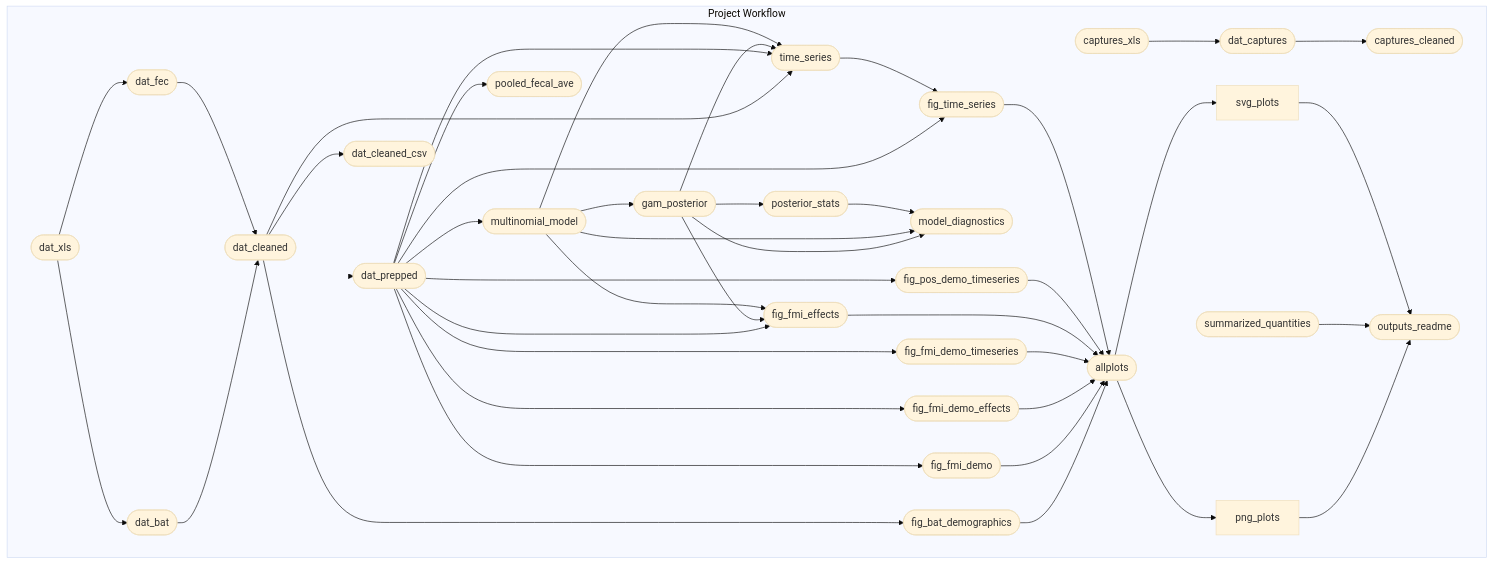
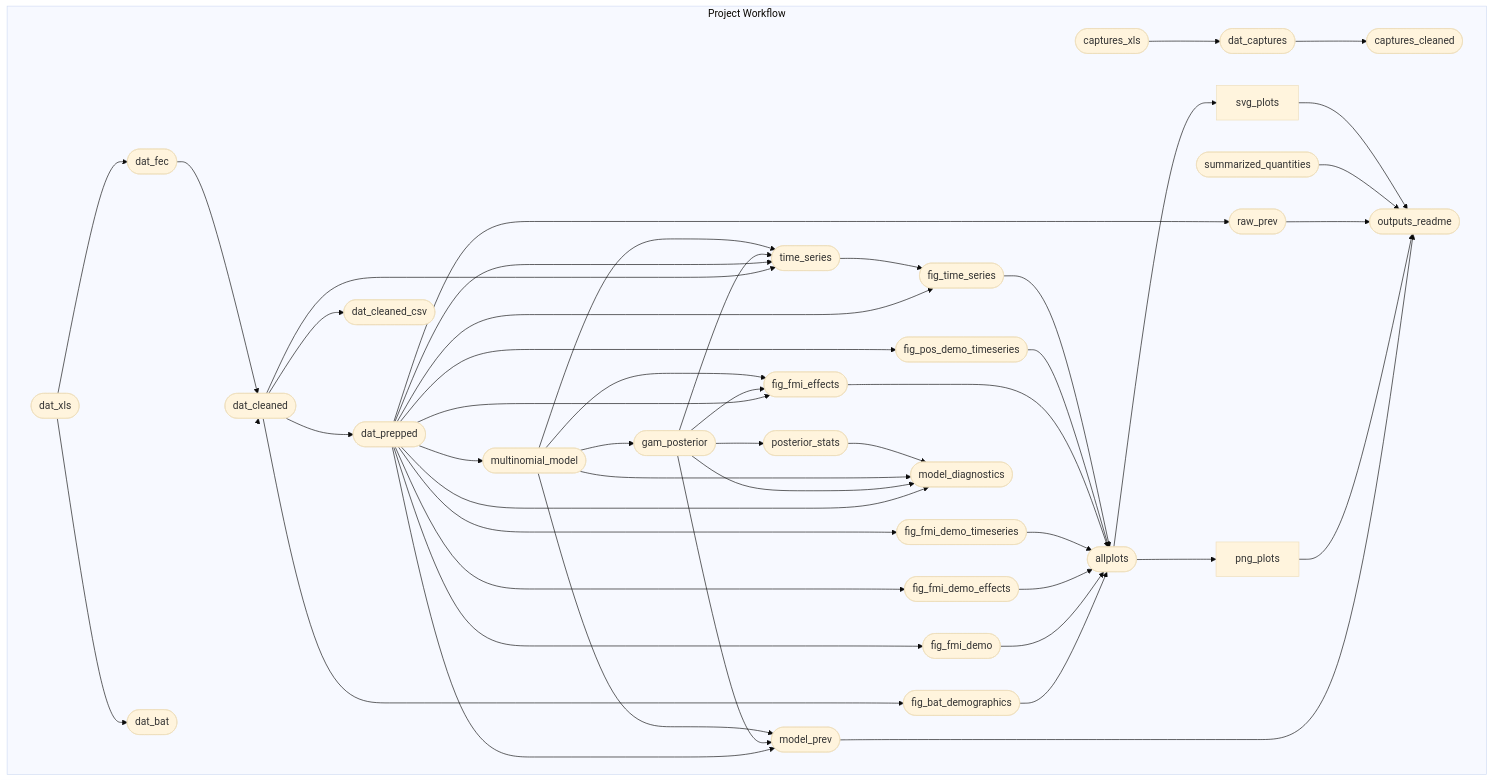
One commit to ecohealthalliance/sabrenet-rousettus-dynamics changed the diagram in README.md. Above: the diagram before and after it, drawn with Mermaid (base theme). The commit also changed 5 other files, not shown here.

````diff
--- a/README.md
+++ b/README.md
@@ -42,48 +42,54 @@
 ``` mermaid
 graph LR
 subgraph Project Workflow
     direction LR
-    xba784c3a136c631a(["dat_cleaned"]):::queued --> x4a5cfaffa1d0e789(["dat_prepped"]):::queued
+    x6cf5d6dc2e05a667(["dat_bat"]):::skipped --> xba784c3a136c631a(["dat_cleaned"]):::queued
+    x733041ef94e8d4a9(["dat_fec"]):::skipped --> xba784c3a136c631a(["dat_cleaned"]):::queued
+    xb354ea9be719f8bb(["captures_xls"]):::skipped --> xe05634441492d438(["dat_captures"]):::skipped
+    xba784c3a136c631a(["dat_cleaned"]):::queued --> xf22c729b71100575(["time_series"]):::queued
+    x4a5cfaffa1d0e789(["dat_prepped"]):::queued --> xf22c729b71100575(["time_series"]):::queued
+    x89c8b8fe66c39f8c(["gam_posterior"]):::queued --> xf22c729b71100575(["time_series"]):::queued
+    x023bc1d70802c4e1(["multinomial_model"]):::queued --> xf22c729b71100575(["time_series"]):::queued
+    x798304d337dd8ea1(["allplots"]):::queued --> xbbcceea2cdf8d3f7["svg_plots"]:::queued
+    xe05634441492d438(["dat_captures"]):::skipped --> x370906d20a0ac4c5(["captures_cleaned"]):::queued
     x4a5cfaffa1d0e789(["dat_prepped"]):::queued --> x023bc1d70802c4e1(["multinomial_model"]):::queued
-    xe05634441492d438(["dat_captures"]):::queued --> x370906d20a0ac4c5(["captures_cleaned"]):::queued
-    xb354ea9be719f8bb(["captures_xls"]):::skipped --> xe05634441492d438(["dat_captures"]):::queued
-    xc2117931d245afce(["dat_xls"]):::skipped --> x733041ef94e8d4a9(["dat_fec"]):::queued
-    x6cf5d6dc2e05a667(["dat_bat"]):::queued --> xba784c3a136c631a(["dat_cleaned"]):::queued
-    x733041ef94e8d4a9(["dat_fec"]):::queued --> xba784c3a136c631a(["dat_cleaned"]):::queued
-    x89c8b8fe66c39f8c(["gam_posterior"]):::queued --> x48dd96190e644d8f(["posterior_stats"]):::queued
-    x4a5cfaffa1d0e789(["dat_prepped"]):::queued --> x80ade130098abb0f(["fig_fmi_demo_timeseries"]):::queued
+    x4a5cfaffa1d0e789(["dat_prepped"]):::queued --> x4ee8fa2dac97ae88(["fig_fmi_demo_effects"]):::queued
+    xba784c3a136c631a(["dat_cleaned"]):::queued --> x7a7f43da56388c67(["fig_bat_demographics"]):::queued
+    xc2117931d245afce(["dat_xls"]):::skipped --> x733041ef94e8d4a9(["dat_fec"]):::skipped
+    xc2117931d245afce(["dat_xls"]):::skipped --> x6cf5d6dc2e05a667(["dat_bat"]):::skipped
+    x67d4d2e6dfa8bf90(["model_prev"]):::queued --> xbda0fd67e19f73bc(["outputs_readme"]):::queued
+    x0b04ba823e0b5eec["png_plots"]:::queued --> xbda0fd67e19f73bc(["outputs_readme"]):::queued
+    xdf15caacba83d075(["raw_prev"]):::queued --> xbda0fd67e19f73bc(["outputs_readme"]):::queued
+    x07b56d1fbca21cf3(["summarized_quantities"]):::skipped --> xbda0fd67e19f73bc(["outputs_readme"]):::queued
+    xbbcceea2cdf8d3f7["svg_plots"]:::queued --> xbda0fd67e19f73bc(["outputs_readme"]):::queued
+    x4a5cfaffa1d0e789(["dat_prepped"]):::queued --> xdf15caacba83d075(["raw_prev"]):::queued
+    x798304d337dd8ea1(["allplots"]):::queued --> x0b04ba823e0b5eec["png_plots"]:::queued
+    x4a5cfaffa1d0e789(["dat_prepped"]):::queued --> x23873f9d63594e23(["fig_fmi_demo"]):::queued
+    x4a5cfaffa1d0e789(["dat_prepped"]):::queued --> x50a3b768b5746682(["fig_pos_demo_timeseries"]):::queued
+    xba784c3a136c631a(["dat_cleaned"]):::queued --> xdb44d218f76593df(["dat_cleaned_csv"]):::queued
+    x4a5cfaffa1d0e789(["dat_prepped"]):::queued --> x1e7dc8900c0252af(["model_diagnostics"]):::queued
     x89c8b8fe66c39f8c(["gam_posterior"]):::queued --> x1e7dc8900c0252af(["model_diagnostics"]):::queued
     x023bc1d70802c4e1(["multinomial_model"]):::queued --> x1e7dc8900c0252af(["model_diagnostics"]):::queued
     x48dd96190e644d8f(["posterior_stats"]):::queued --> x1e7dc8900c0252af(["model_diagnostics"]):::queued
+    x4a5cfaffa1d0e789(["dat_prepped"]):::queued --> x80ade130098abb0f(["fig_fmi_demo_timeseries"]):::queued
+    x4a5cfaffa1d0e789(["dat_prepped"]):::queued --> x37da1c8de8c2ccbe(["fig_fmi_effects"]):::queued
+    x89c8b8fe66c39f8c(["gam_posterior"]):::queued --> x37da1c8de8c2ccbe(["fig_fmi_effects"]):::queued
+    x023bc1d70802c4e1(["multinomial_model"]):::queued --> x37da1c8de8c2ccbe(["fig_fmi_effects"]):::queued
     x7a7f43da56388c67(["fig_bat_demographics"]):::queued --> x798304d337dd8ea1(["allplots"]):::queued
     x23873f9d63594e23(["fig_fmi_demo"]):::queued --> x798304d337dd8ea1(["allplots"]):::queued
     x4ee8fa2dac97ae88(["fig_fmi_demo_effects"]):::queued --> x798304d337dd8ea1(["allplots"]):::queued
     x80ade130098abb0f(["fig_fmi_demo_timeseries"]):::queued --> x798304d337dd8ea1(["allplots"]):::queued
     x37da1c8de8c2ccbe(["fig_fmi_effects"]):::queued --> x798304d337dd8ea1(["allplots"]):::queued
     x50a3b768b5746682(["fig_pos_demo_timeseries"]):::queued --> x798304d337dd8ea1(["allplots"]):::queued
     xe3a4a17736576ba6(["fig_time_series"]):::queued --> x798304d337dd8ea1(["allplots"]):::queued
-    x4a5cfaffa1d0e789(["dat_prepped"]):::queued --> x4ee8fa2dac97ae88(["fig_fmi_demo_effects"]):::queued
-    x4a5cfaffa1d0e789(["dat_prepped"]):::queued --> x23873f9d63594e23(["fig_fmi_demo"]):::queued
-    xc2117931d245afce(["dat_xls"]):::skipped --> x6cf5d6dc2e05a667(["dat_bat"]):::queued
-    xba784c3a136c631a(["dat_cleaned"]):::queued --> xdb44d218f76593df(["dat_cleaned_csv"]):::queued
-    x0b04ba823e0b5eec["png_plots"]:::queued --> xbda0fd67e19f73bc(["outputs_readme"]):::queued
-    x07b56d1fbca21cf3(["summarized_quantities"]):::skipped --> xbda0fd67e19f73bc(["outputs_readme"]):::queued
-    xbbcceea2cdf8d3f7["svg_plots"]:::queued --> xbda0fd67e19f73bc(["outputs_readme"]):::queued
+    xba784c3a136c631a(["dat_cleaned"]):::queued --> x4a5cfaffa1d0e789(["dat_prepped"]):::queued
+    x4a5cfaffa1d0e789(["dat_prepped"]):::queued --> x67d4d2e6dfa8bf90(["model_prev"]):::queued
+    x89c8b8fe66c39f8c(["gam_posterior"]):::queued --> x67d4d2e6dfa8bf90(["model_prev"]):::queued
+    x023bc1d70802c4e1(["multinomial_model"]):::queued --> x67d4d2e6dfa8bf90(["model_prev"]):::queued
+    x89c8b8fe66c39f8c(["gam_posterior"]):::queued --> x48dd96190e644d8f(["posterior_stats"]):::queued
+    x023bc1d70802c4e1(["multinomial_model"]):::queued --> x89c8b8fe66c39f8c(["gam_posterior"]):::queued
     x4a5cfaffa1d0e789(["dat_prepped"]):::queued --> xe3a4a17736576ba6(["fig_time_series"]):::queued
     xf22c729b71100575(["time_series"]):::queued --> xe3a4a17736576ba6(["fig_time_series"]):::queued
-    x023bc1d70802c4e1(["multinomial_model"]):::queued --> x89c8b8fe66c39f8c(["gam_posterior"]):::queued
-    x4a5cfaffa1d0e789(["dat_prepped"]):::queued --> x159c02a07e752e54(["pooled_fecal_ave"]):::queued
-    x4a5cfaffa1d0e789(["dat_prepped"]):::queued --> x37da1c8de8c2ccbe(["fig_fmi_effects"]):::queued
-    x89c8b8fe66c39f8c(["gam_posterior"]):::queued --> x37da1c8de8c2ccbe(["fig_fmi_effects"]):::queued
-    x023bc1d70802c4e1(["multinomial_model"]):::queued --> x37da1c8de8c2ccbe(["fig_fmi_effects"]):::queued
-    x4a5cfaffa1d0e789(["dat_prepped"]):::queued --> x50a3b768b5746682(["fig_pos_demo_timeseries"]):::queued
-    x798304d337dd8ea1(["allplots"]):::queued --> x0b04ba823e0b5eec["png_plots"]:::queued
-    xba784c3a136c631a(["dat_cleaned"]):::queued --> xf22c729b71100575(["time_series"]):::queued
-    x4a5cfaffa1d0e789(["dat_prepped"]):::queued --> xf22c729b71100575(["time_series"]):::queued
-    x89c8b8fe66c39f8c(["gam_posterior"]):::queued --> xf22c729b71100575(["time_series"]):::queued
-    x023bc1d70802c4e1(["multinomial_model"]):::queued --> xf22c729b71100575(["time_series"]):::queued
-    x798304d337dd8ea1(["allplots"]):::queued --> xbbcceea2cdf8d3f7["svg_plots"]:::queued
-    xba784c3a136c631a(["dat_cleaned"]):::queued --> x7a7f43da56388c67(["fig_bat_demographics"]):::queued
   end
 linkStyle 0 stroke-width:0px;
 ```
````
